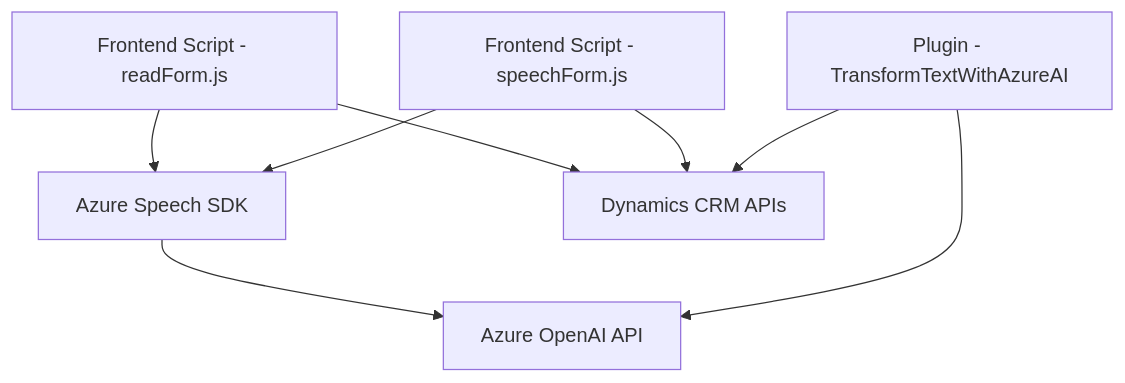
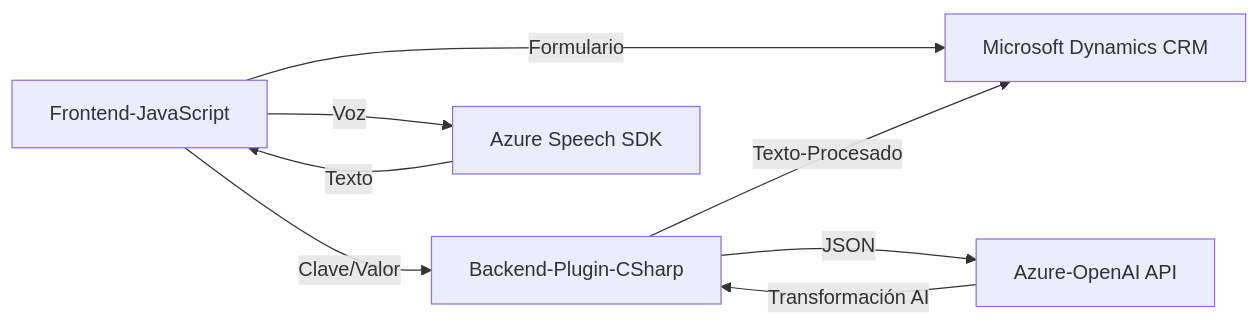
One commit to blopezdm/NETCORE_BILBAO2025 changed the diagram in README.md. Above: the diagram before and after it, drawn with Mermaid. The commit also changed other lines of this file, not shown here.

````diff
--- a/README.md
+++ b/README.md
@@ -80,17 +59,16 @@
 ```mermaid
-graph TD
-    A["Frontend Script - readForm.js"]
-    B["Frontend Script - speechForm.js"]
-    C["Azure Speech SDK"]
-    D["Plugin - TransformTextWithAzureAI"]
-    E["Dynamics CRM APIs"]
-    F["Azure OpenAI API"]
-    
-    A --> C
-    A --> E
-    B --> C
-    B --> E
-    C --> F
-    D --> F
-    D --> E
+graph LR
+    A[Frontend-JavaScript]
+    B[Backend-Plugin-CSharp]
+    C[Azure Speech SDK]
+    D[Azure-OpenAI API]
+    E[Microsoft Dynamics CRM]
+
+    A -->|Voz| C
+    C -->|Texto| A
+    A -->|Formulario| E
+    A -->|Clave/Valor| B
+    B -->|Texto-Procesado| E
+    B -->|JSON| D
+    D -->|Transformación AI| B
 ```
````
